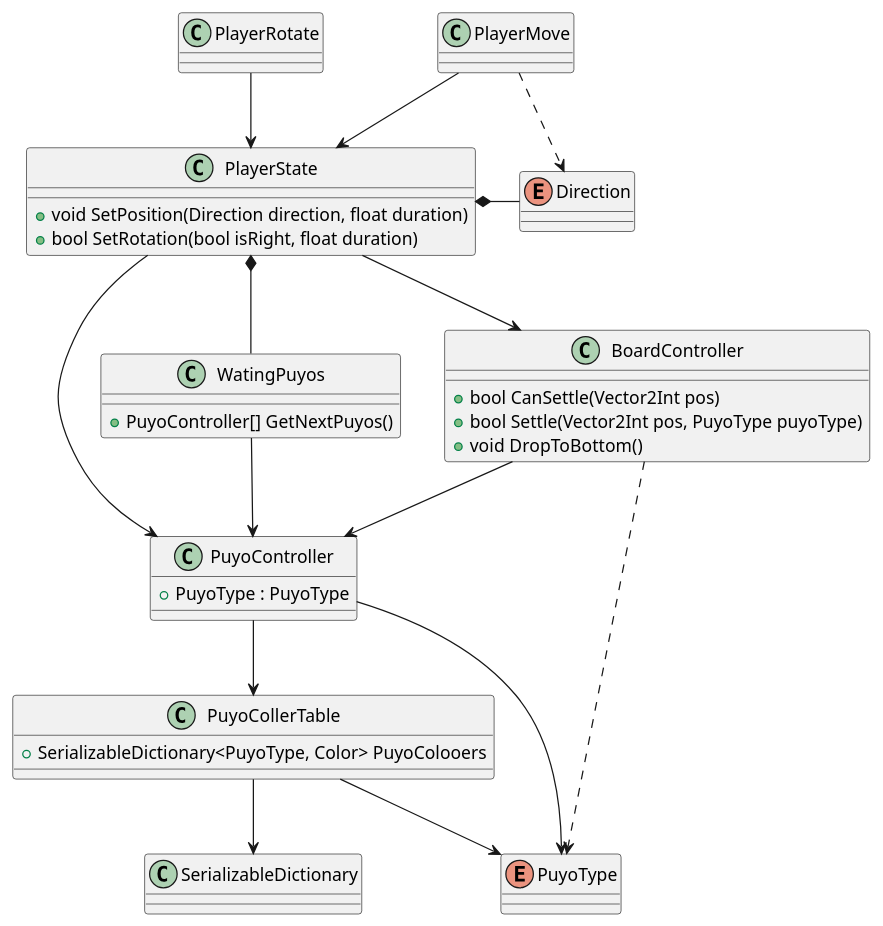
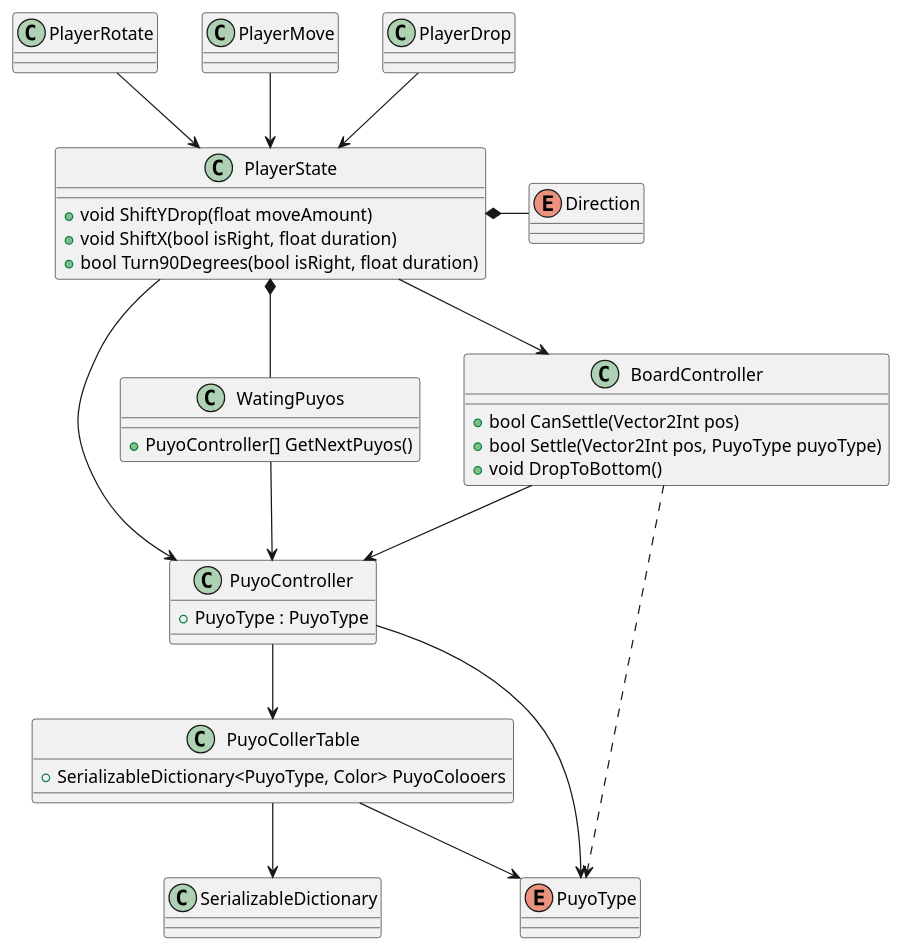
The diagram in puyopuyo.pu (snnn30/UniteBlocks), drawn with PlantUML before and after one commit. The commit also changed 7 other files, not shown here.

```diff
--- a/puyopuyo.pu
+++ b/puyopuyo.pu
@@ -1,44 +1,47 @@
 @startuml hoge
 class BoardController{
     +bool CanSettle(Vector2Int pos) 
     +bool Settle(Vector2Int pos, PuyoType puyoType)
     +void DropToBottom()
 }
 class PuyoController{
     +PuyoType : PuyoType
 }
 class PuyoCollerTable{
     +SerializableDictionary<PuyoType, Color> PuyoColooers
 }
 class SerializableDictionary
 enum PuyoType
 
 class PlayerRotate
 class PlayerMove
+class PlayerDrop
 class PlayerState{
-    +void SetPosition(Direction direction, float duration)
-    +bool SetRotation(bool isRight, float duration)
+    +void ShiftYDrop(float moveAmount)
+    +void ShiftX(bool isRight, float duration)
+    +bool Turn90Degrees(bool isRight, float duration)
 }
 enum Direction
 class WatingPuyos{
     +PuyoController[] GetNextPuyos()
 }
 
 BoardController --> PuyoController
 BoardController ..> PuyoType
 PuyoController --> PuyoCollerTable
 PuyoController --> PuyoType
 PuyoCollerTable --> SerializableDictionary
 PuyoCollerTable --> PuyoType
 
+PlayerDrop --> PlayerState
 PlayerRotate --> PlayerState
 PlayerMove --> PlayerState
-PlayerMove ..> Direction
+
 PlayerState --> PuyoController
 PlayerState --> BoardController
 PlayerState *- Direction
 PlayerState *-- WatingPuyos
 WatingPuyos --> PuyoController
 
 
 @enduml
```
